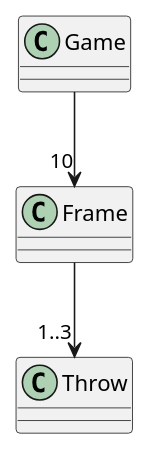
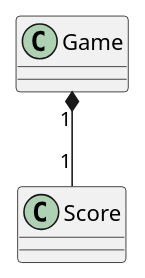
One commit to k2works/etude_op10_no10 changed the diagram in docs/sketch.puml. Above: the diagram before and after it, drawn with PlantUML. The commit also changed 1 other file, not shown here.

```diff
--- a/docs/sketch.puml
+++ b/docs/sketch.puml
@@ -1,9 +1,7 @@
 @startuml
 class Game
-class Frame
-class Throw
+class Score
 
-Game --> "10" Frame
-Frame --> "1..3" Throw
+Game"1" *-- "1"Score
 
 @enduml
```
